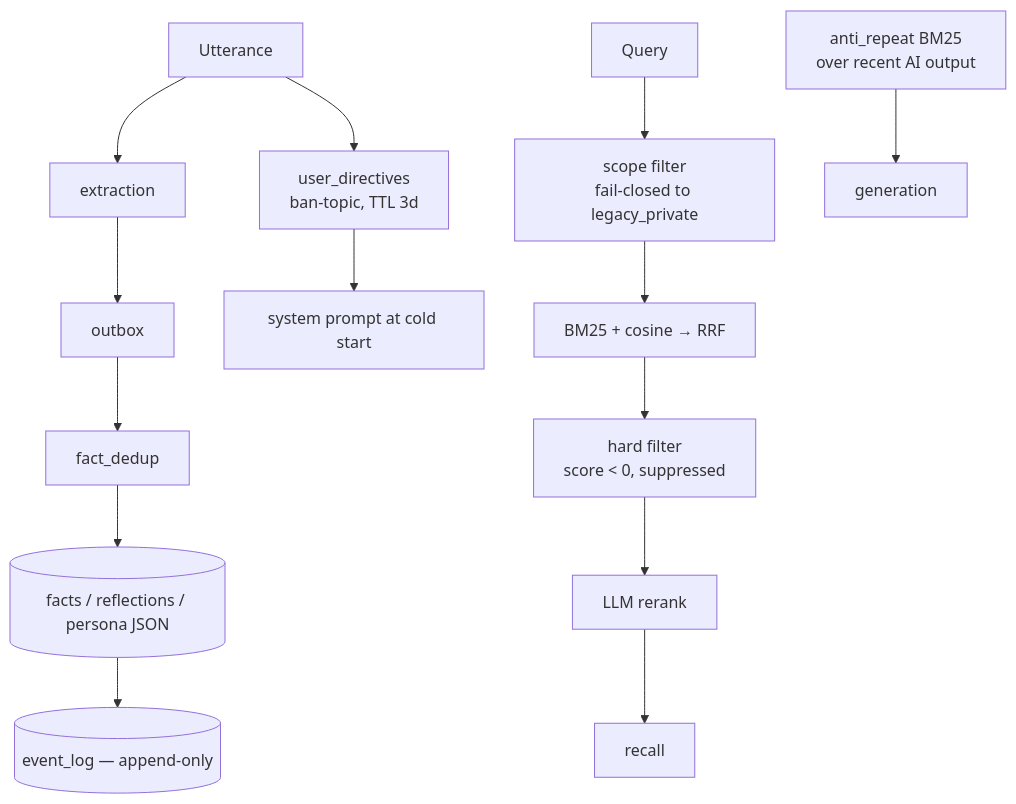
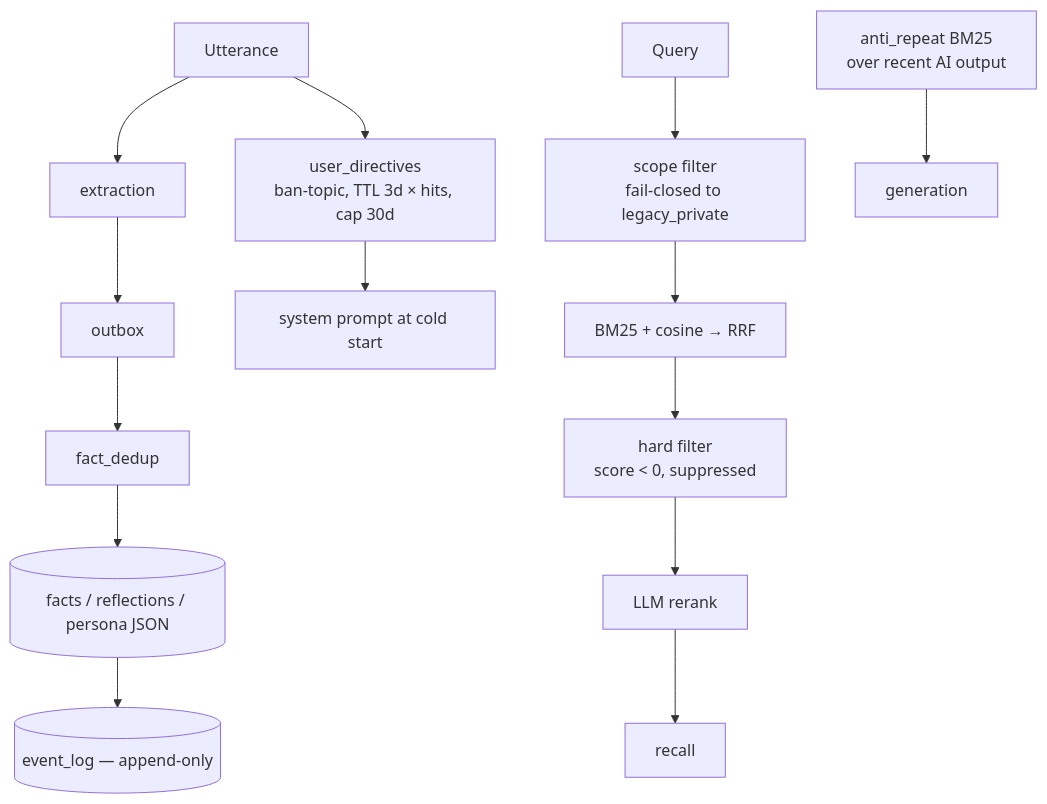
Before and after one commit to neoneye/agent-memory-atlas: the third of 3 diagrams in content/systems/neko.md, drawn with Mermaid. The commit also changed other lines of this file and 11 other files, not shown here.

First line of the commit message:
N.E.K.O. re-pinned at b51d453: trust grew a second axis on the speaker, and the ban-topic TTL now scales with repetition

````diff
--- a/content/systems/neko.md
+++ b/content/systems/neko.md
@@ -148,14 +173,14 @@
 ```mermaid
 %% caption: the write and read halves together, with the scope filter failing closed to the private namespace
 flowchart TB
     U[Utterance] --> EX[extraction]
-    U --> UD[user_directives<br/>ban-topic, TTL 3d]
+    U --> UD[user_directives<br/>ban-topic, TTL 3d × hits, cap 30d]
     EX --> OB[outbox] --> DD[fact_dedup] --> V[(facts / reflections / persona JSON)]
     V --> EL[(event_log — append-only)]
     Q[Query] --> SF[scope filter<br/>fail-closed to legacy_private]
     SF --> H[BM25 + cosine → RRF]
     H --> HF[hard filter<br/>score < 0, suppressed]
     HF --> RR[LLM rerank] --> OUT[recall]
     UD --> PR[system prompt at cold start]
     AR[anti_repeat BM25<br/>over recent AI output] --> GEN[generation]
 ```
````
